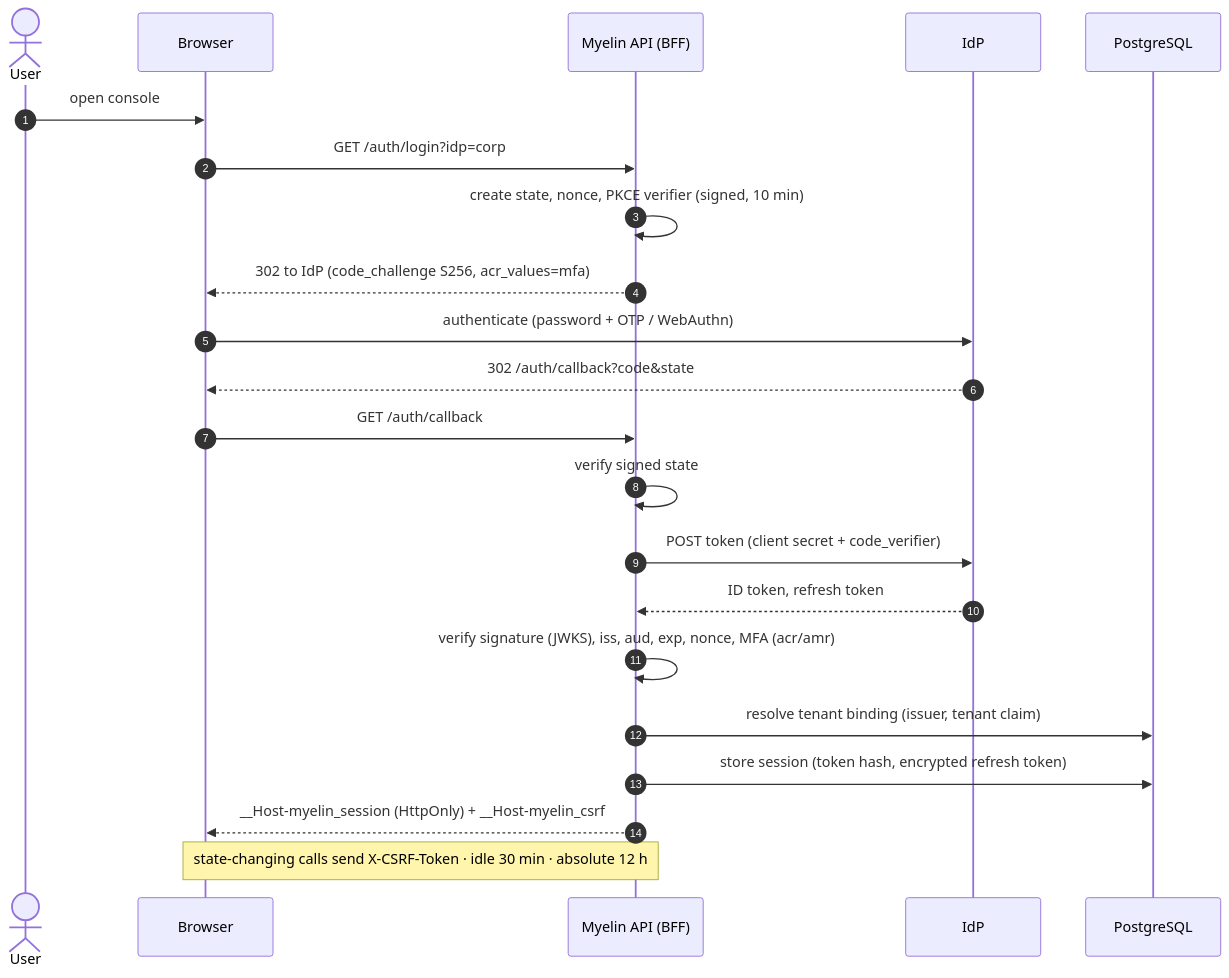
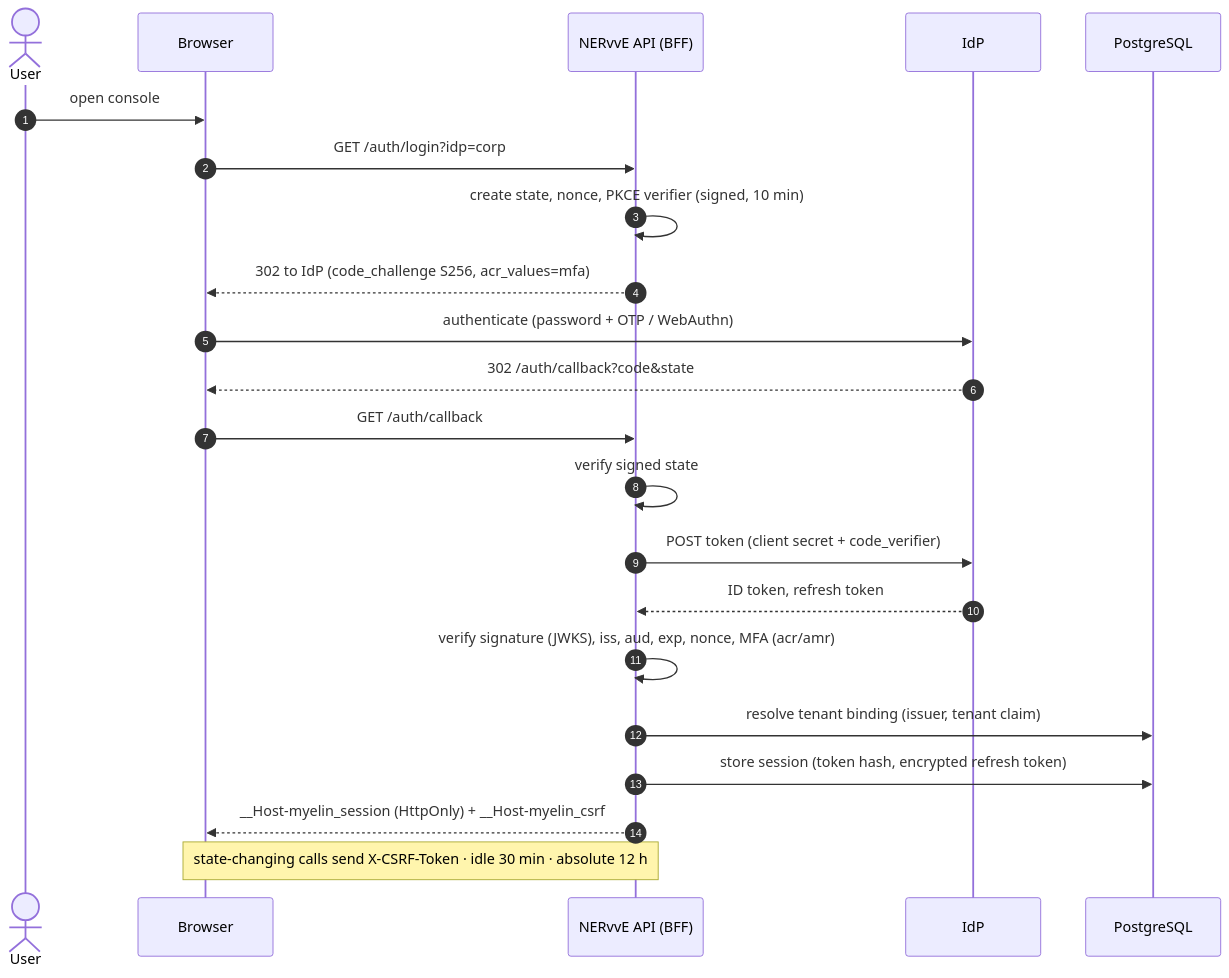
The diagram in docs/enterprise/IDENTITY.md (sudheerkumard/nerve-myelin-DevSec), drawn with Mermaid before and after one commit. The commit also changed other lines of this file and 403 other files, not shown here.

````diff
--- a/docs/enterprise/IDENTITY.md
+++ b/docs/enterprise/IDENTITY.md
@@ -13,24 +13,24 @@
 ```mermaid
 sequenceDiagram
   autonumber
   actor U as User
   participant B as Browser
-  participant M as Myelin API (BFF)
+  participant M as NERvvE API (BFF)
   participant I as IdP
   participant DB as PostgreSQL
   U->>B: open console
   B->>M: GET /auth/login?idp=corp
   M->>M: create state, nonce, PKCE verifier (signed, 10 min)
   M-->>B: 302 to IdP (code_challenge S256, acr_values=mfa)
   B->>I: authenticate (password + OTP / WebAuthn)
   I-->>B: 302 /auth/callback?code&state
   B->>M: GET /auth/callback
   M->>M: verify signed state
   M->>I: POST token (client secret + code_verifier)
   I-->>M: ID token, refresh token
   M->>M: verify signature (JWKS), iss, aud, exp, nonce, MFA (acr/amr)
   M->>DB: resolve tenant binding (issuer, tenant claim)
   M->>DB: store session (token hash, encrypted refresh token)
   M-->>B: __Host-myelin_session (HttpOnly) + __Host-myelin_csrf
   Note over B,M: state-changing calls send X-CSRF-Token · idle 30 min · absolute 12 h
 ```
````
